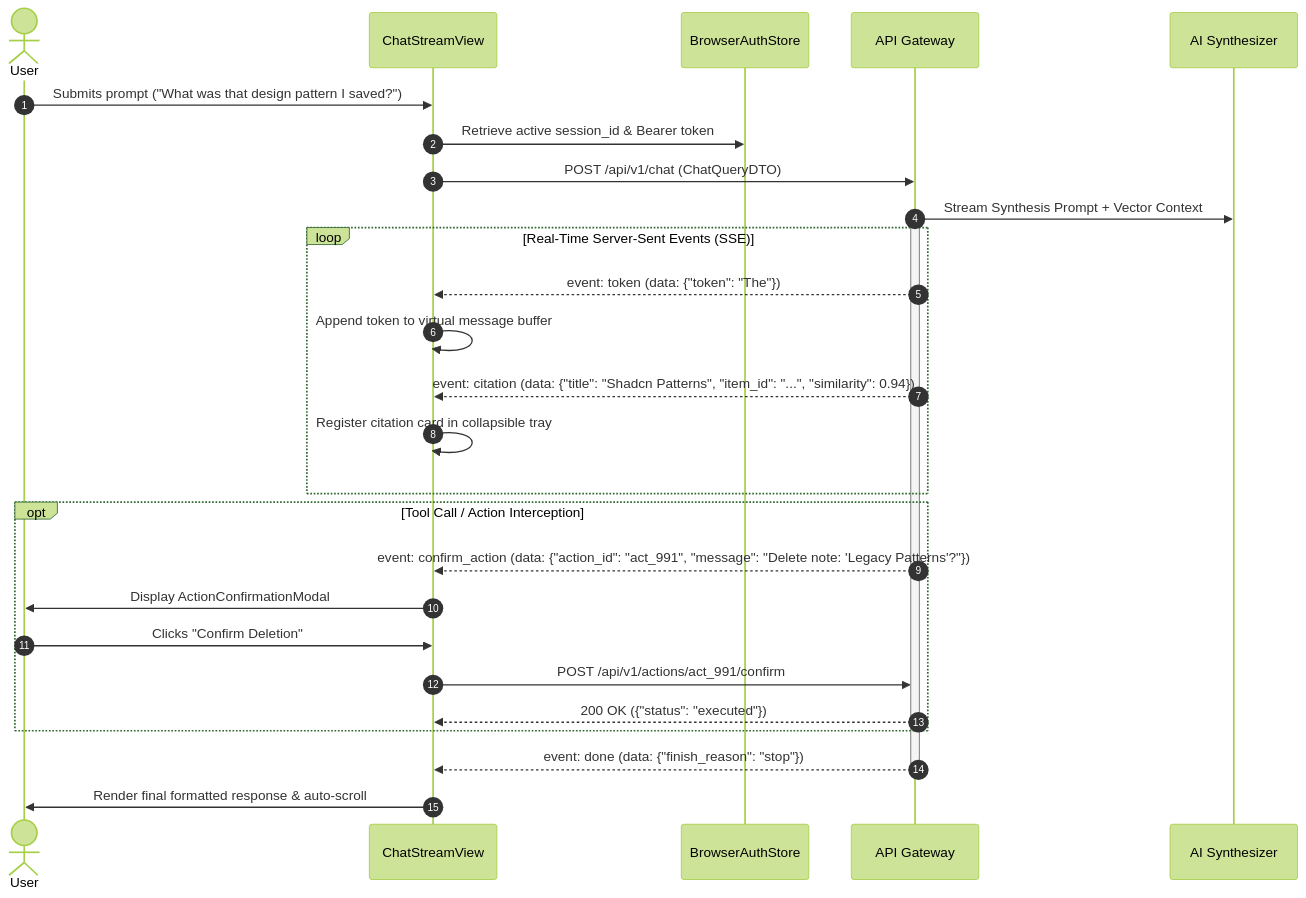
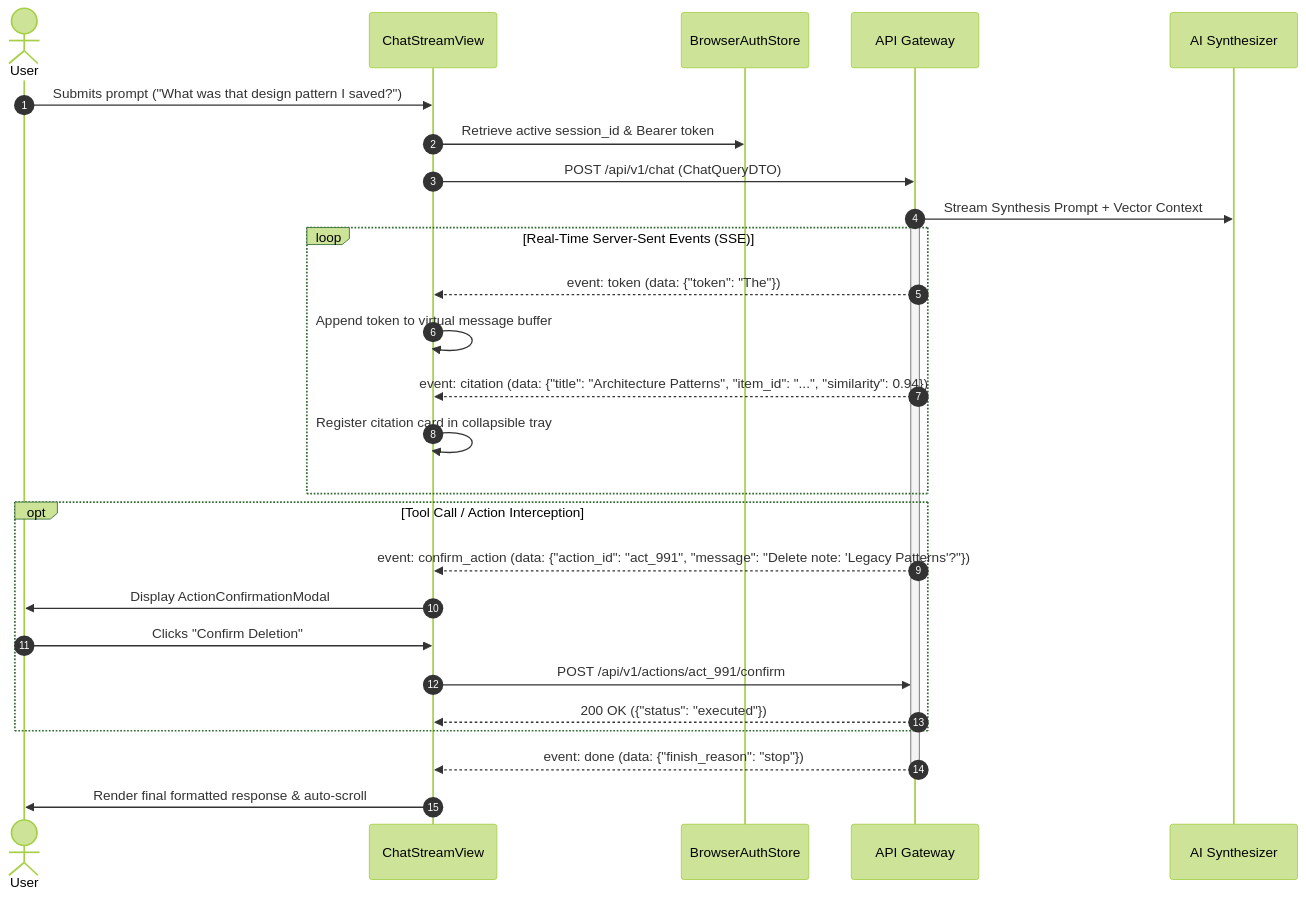
One commit to SiddhantDeshwal1/wikime-web changed the second of 5 diagrams in docs/ARCHITECTURE.md. Above: the diagram before and after it, drawn with Mermaid (forest theme). The commit also changed other lines of this file and 5 other files, not shown here.

Commit message:
GENAI=YES docs(architecture): [V1_001] remove hardcoded frontend tech stack from documentation

````diff
--- a/docs/ARCHITECTURE.md
+++ b/docs/ARCHITECTURE.md
@@ -44,31 +44,31 @@
 ```mermaid
 sequenceDiagram
     autonumber
     actor User
     participant View as ChatStreamView
     participant Store as BrowserAuthStore
     participant GW as API Gateway
     participant AI as AI Synthesizer
 
     User->>View: Submits prompt ("What was that design pattern I saved?")
     View->>Store: Retrieve active session_id & Bearer token
     View->>GW: POST /api/v1/chat (ChatQueryDTO)
     GW->>AI: Stream Synthesis Prompt + Vector Context
     activate GW
     loop Real-Time Server-Sent Events (SSE)
         GW-->>View: event: token (data: {"token": "The"})
         View->>View: Append token to virtual message buffer
-        GW-->>View: event: citation (data: {"title": "Shadcn Patterns", "item_id": "...", "similarity": 0.94})
+        GW-->>View: event: citation (data: {"title": "Architecture Patterns", "item_id": "...", "similarity": 0.94})
         View->>View: Register citation card in collapsible tray
     end
     opt Tool Call / Action Interception
         GW-->>View: event: confirm_action (data: {"action_id": "act_991", "message": "Delete note: 'Legacy Patterns'?"})
         View->>User: Display ActionConfirmationModal
         User->>View: Clicks "Confirm Deletion"
         View->>GW: POST /api/v1/actions/act_991/confirm
         GW-->>View: 200 OK ({"status": "executed"})
     end
     GW-->>View: event: done (data: {"finish_reason": "stop"})
     deactivate GW
     View->>User: Render final formatted response & auto-scroll
 ```
````
